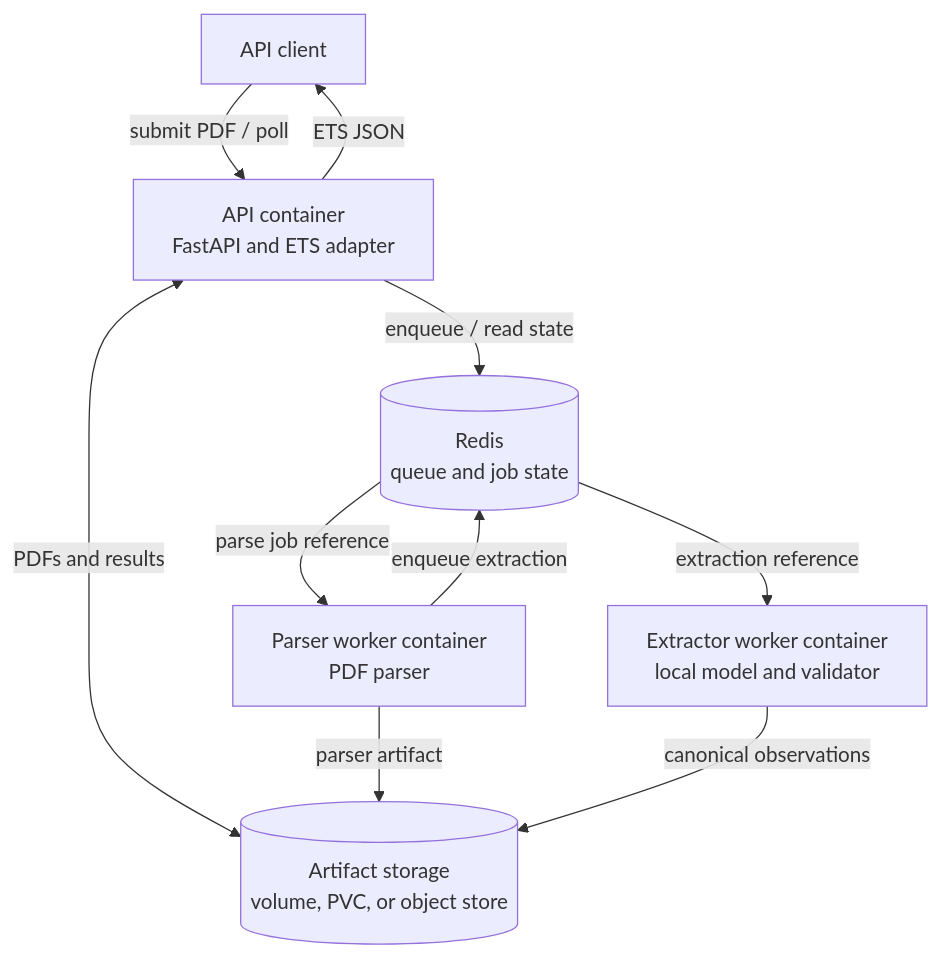
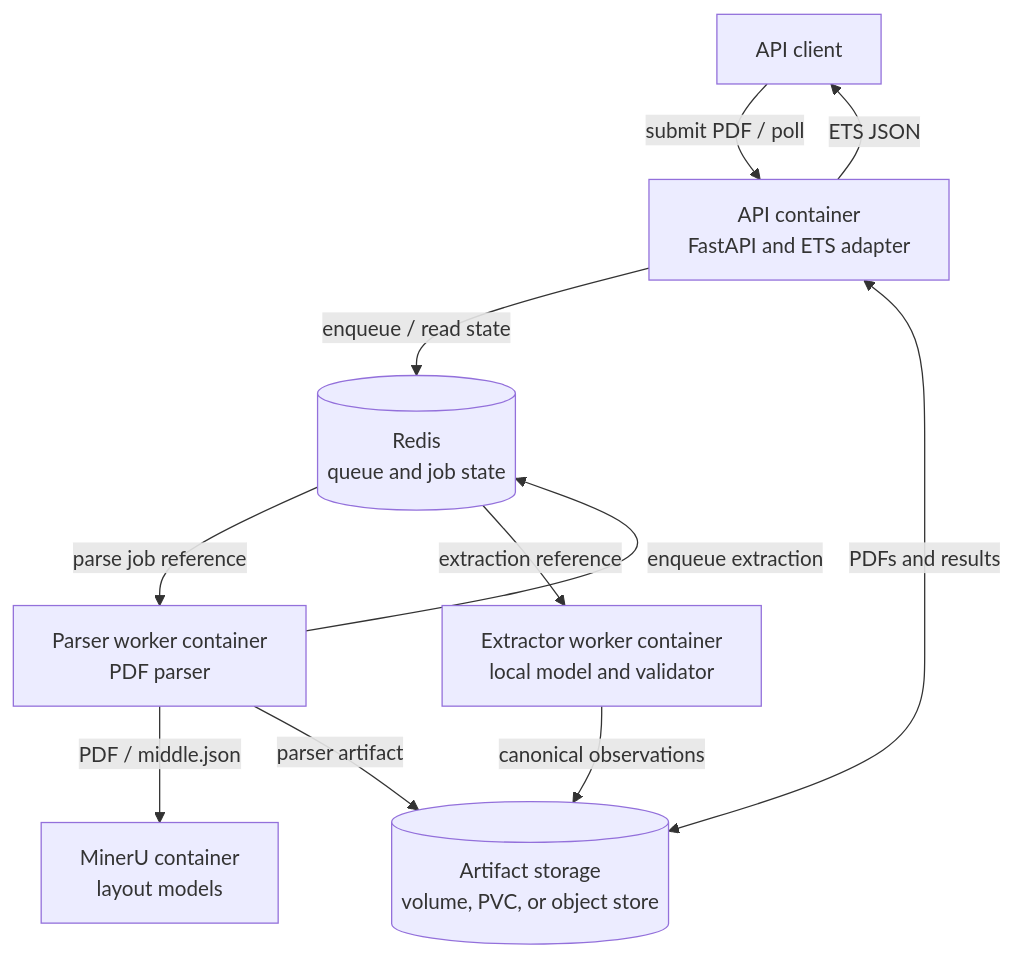
Before and after one commit to BioParser/BioParser: the first of 4 diagrams in docs/architecture.md, drawn with Mermaid. The commit also changed other lines of this file and 18 other files, not shown here.

````diff
--- a/docs/architecture.md
+++ b/docs/architecture.md
@@ -22,19 +22,21 @@
 ```mermaid
 flowchart TB
     Client[API client]
     API[API container<br/>FastAPI and ETS adapter]
     Redis[(Redis<br/>queue and job state)]
     Store[(Artifact storage<br/>volume, PVC, or object store)]
     Parser[Parser worker container<br/>PDF parser]
+    MinerU[MinerU container<br/>layout models]
     Extractor[Extractor worker container<br/>local model and validator]
 
     Client -->|submit PDF / poll| API
     API -->|enqueue / read state| Redis
     API <-->|PDFs and results| Store
     Redis -->|parse job reference| Parser
+    Parser -->|PDF / middle.json| MinerU
     Parser -->|parser artifact| Store
     Parser -->|enqueue extraction| Redis
     Redis -->|extraction reference| Extractor
     Extractor -->|canonical observations| Store
     API -->|ETS JSON| Client
 ```
````
